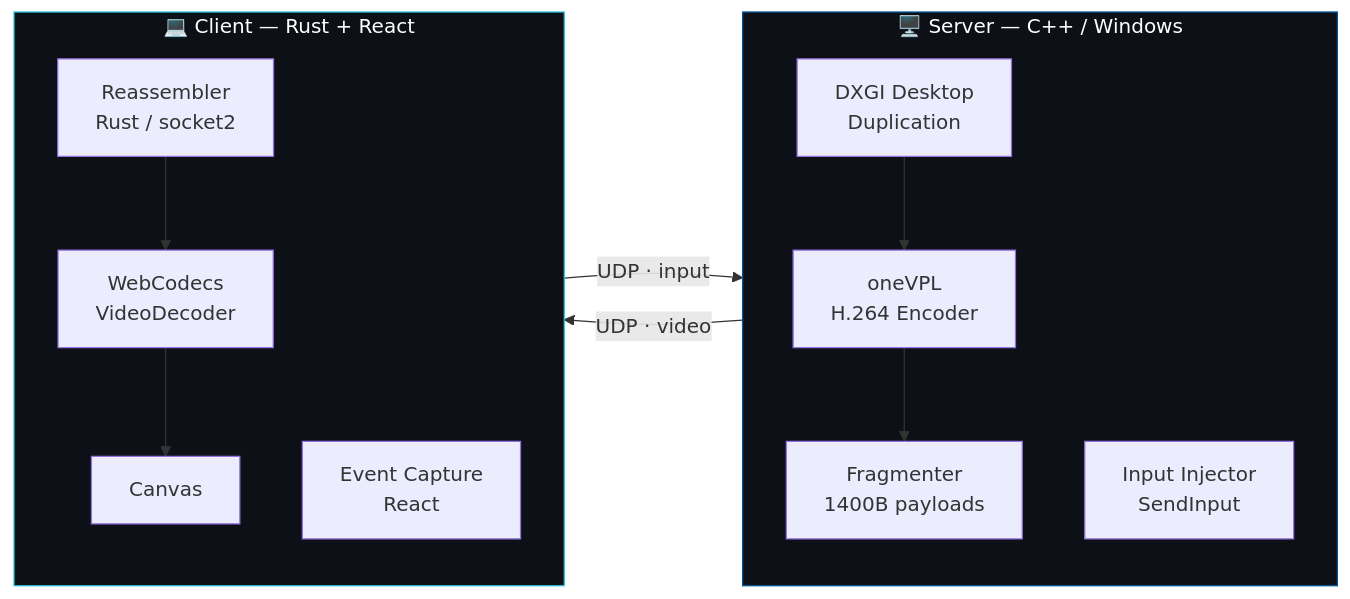
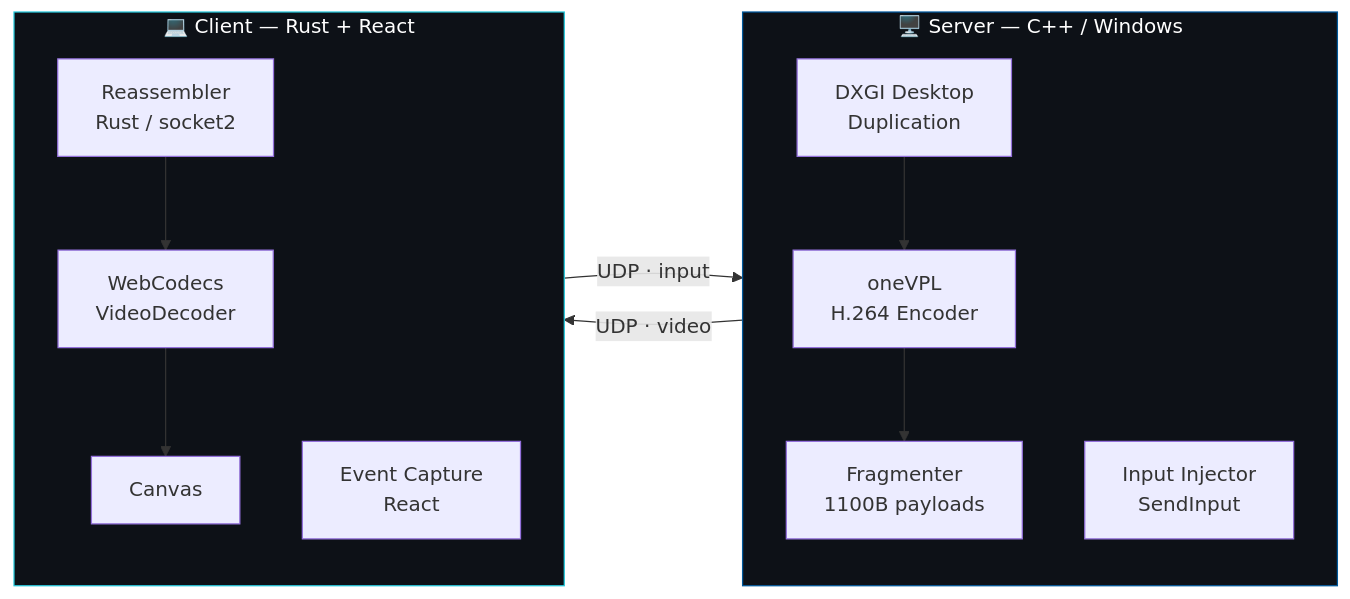
The diagram in README.md (AshLink95/Click2Cee), drawn with Mermaid before and after one commit. The commit also changed other lines of this file, not shown here.

Commit message:
fix: MTU/FRAG value corrected for my setup

````diff
--- a/README.md
+++ b/README.md
@@ -85,22 +85,22 @@
 ```mermaid
 flowchart LR
     subgraph SERVER["🖥️  Server — C++ / Windows"]
         direction TB
         DUP["DXGI Desktop<br/>Duplication"] --> ENC["oneVPL<br/>H.264 Encoder"]
-        ENC --> FRAG["Fragmenter<br/>1400B payloads"]
+        ENC --> FRAG["Fragmenter<br/>1100B payloads"]
         RCV["Input Injector<br/>SendInput"]
     end
 
     subgraph CLIENT["💻  Client — Rust + React"]
         direction TB
         ASM["Reassembler<br/>Rust / socket2"] --> DEC["WebCodecs<br/>VideoDecoder"]
         DEC --> CAN["Canvas"]
         EVT["Event Capture<br/>React"]
     end
 
     FRAG -->|"UDP · video"| ASM
     EVT -->|"UDP · input"| RCV
 
     style SERVER fill:#0d1117,stroke:#00599C,color:#fff
     style CLIENT fill:#0d1117,stroke:#24C8DB,color:#fff
 ```
````
